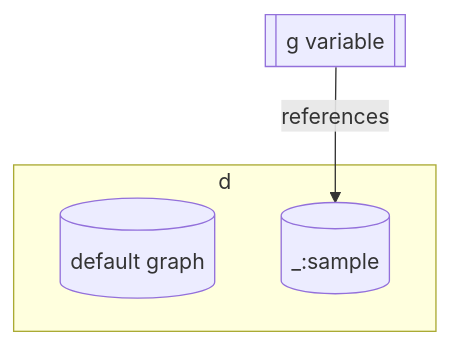
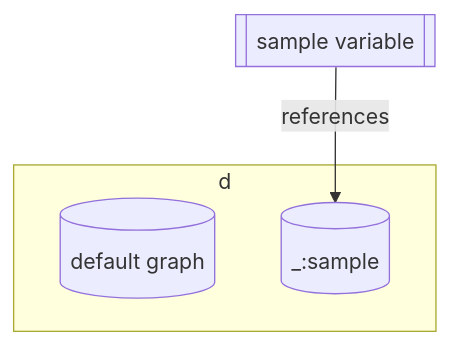
Before and after one commit to ioggstream/python-course: the first of 3 diagrams in sparql-101/05-sparql.md, drawn with Mermaid. The commit also changed other lines of this file and 12 other files, not shown here.

````diff
--- a/sparql-101/05-sparql.md
+++ b/sparql-101/05-sparql.md
@@ -100,10 +105,10 @@
 ```mermaid
 graph
 
 subgraph d["d"]
   def_graph[("default graph")]
   g_graph[("_:sample")]
 end
 
-g[[g variable]] -->|references| g_graph
+g[[sample variable]] -->|references| g_graph
 ```
````
